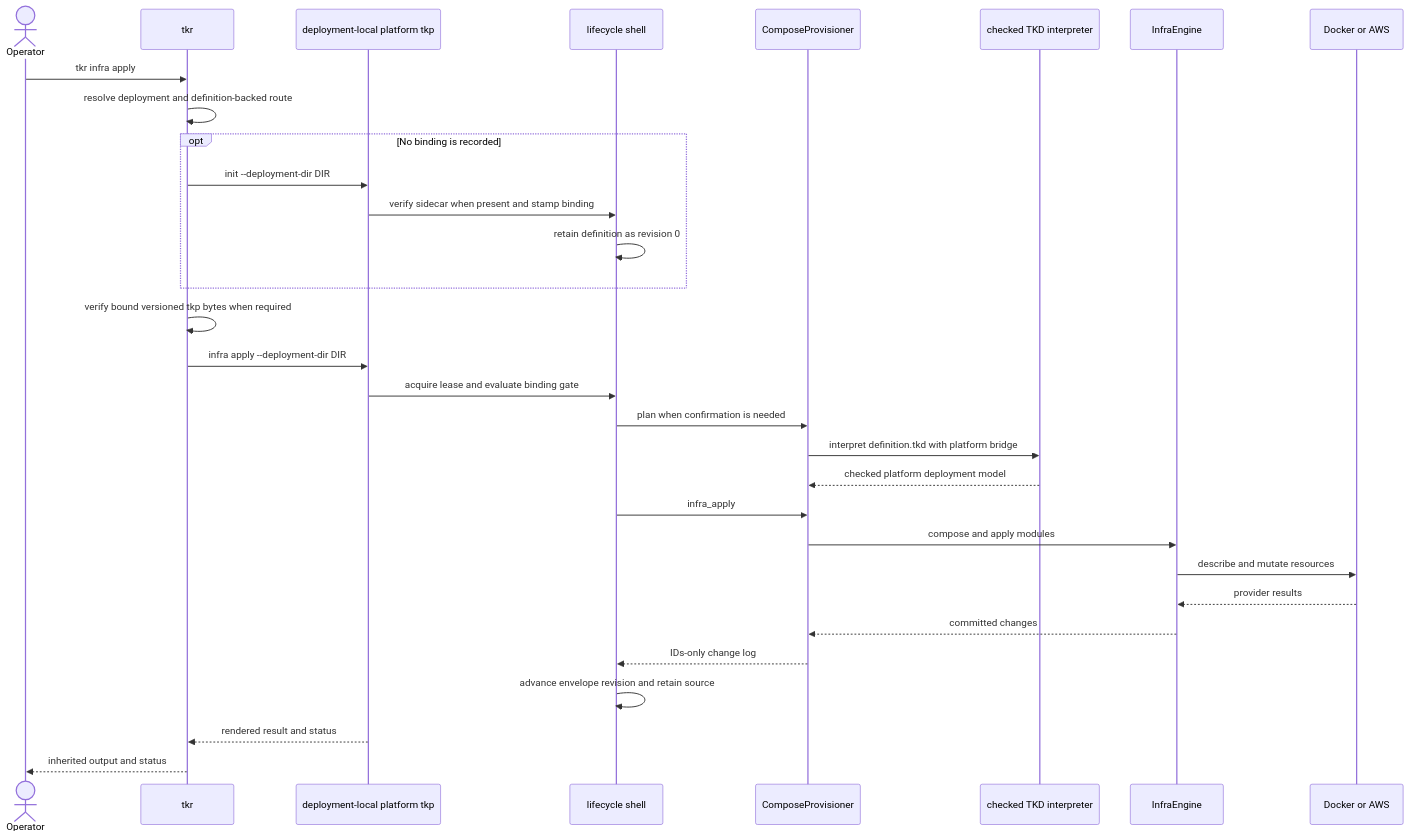
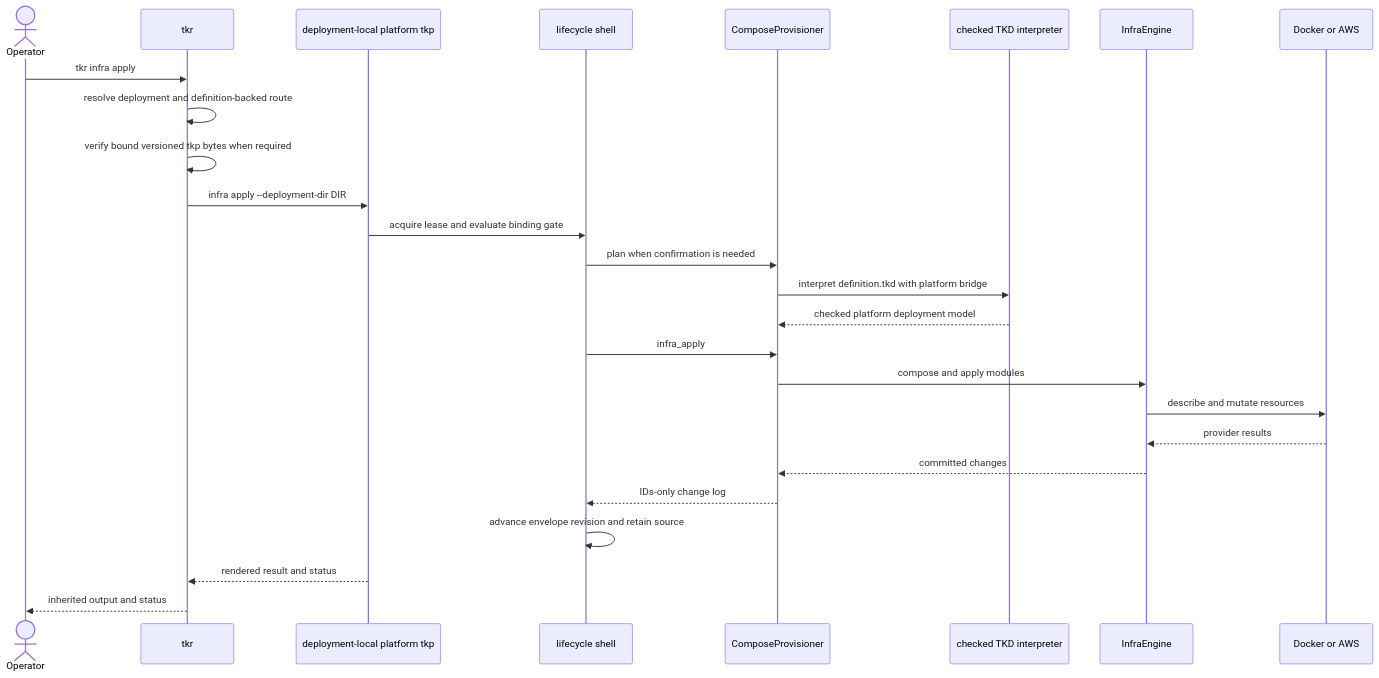
One commit to tokeira/tokeira changed the fourth of 4 diagrams in docs/provisioning/README.md. Above: the diagram before and after it, drawn with Mermaid. The commit also changed other lines of this file and 39 other files, not shown here.

````diff
--- a/docs/provisioning/README.md
+++ b/docs/provisioning/README.md
@@ -196,34 +198,29 @@
 ```mermaid
 sequenceDiagram
     actor Operator
     participant TKR as tkr
     participant TKP as deployment-local platform tkp
     participant Shell as lifecycle shell
     participant Platform as ComposeProvisioner
     participant TKD as checked TKD interpreter
     participant Engine as InfraEngine
     participant Provider as Docker or AWS
 
     Operator->>TKR: tkr infra apply
     TKR->>TKR: resolve deployment and definition-backed route
-    opt No binding is recorded
-        TKR->>TKP: init --deployment-dir DIR
-        TKP->>Shell: verify sidecar when present and stamp binding
-        Shell->>Shell: retain definition as revision 0
-    end
     TKR->>TKR: verify bound versioned tkp bytes when required
     TKR->>TKP: infra apply --deployment-dir DIR
     TKP->>Shell: acquire lease and evaluate binding gate
     Shell->>Platform: plan when confirmation is needed
     Platform->>TKD: interpret definition.tkd with platform bridge
     TKD-->>Platform: checked platform deployment model
     Shell->>Platform: infra_apply
     Platform->>Engine: compose and apply modules
     Engine->>Provider: describe and mutate resources
     Provider-->>Engine: provider results
     Engine-->>Platform: committed changes
     Platform-->>Shell: IDs-only change log
     Shell->>Shell: advance envelope revision and retain source
     TKP-->>TKR: rendered result and status
     TKR-->>Operator: inherited output and status
 ```
````
